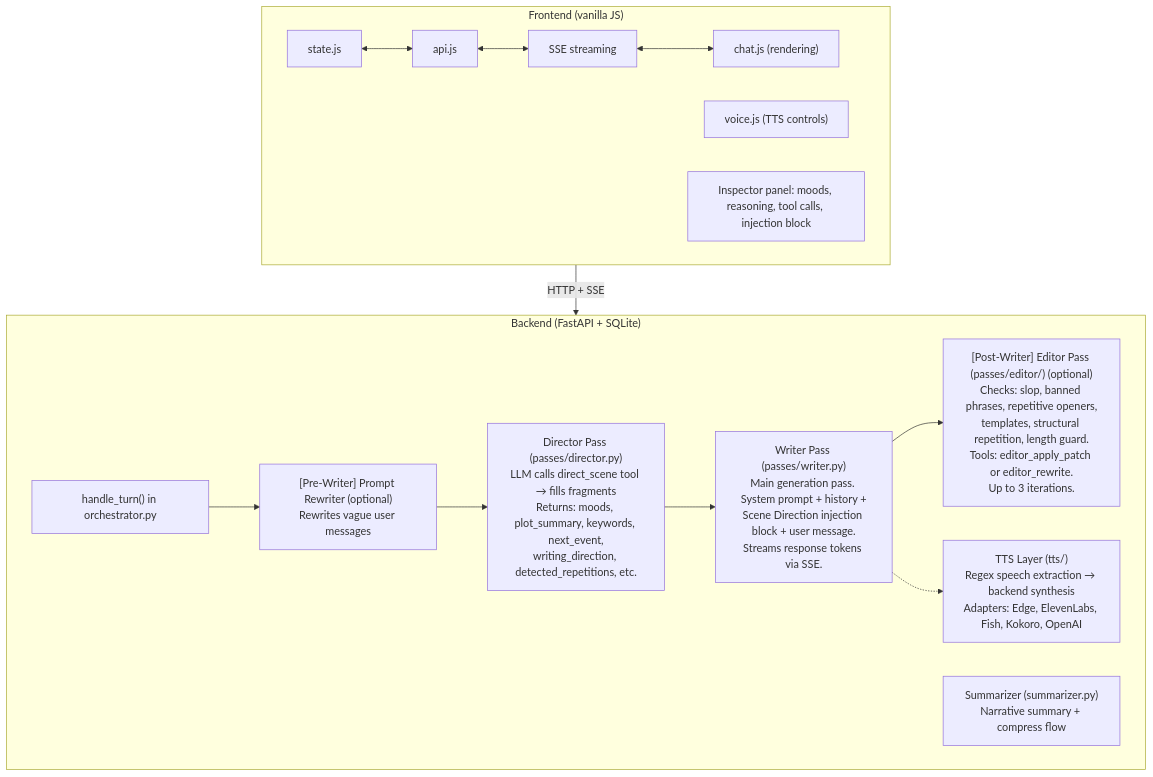
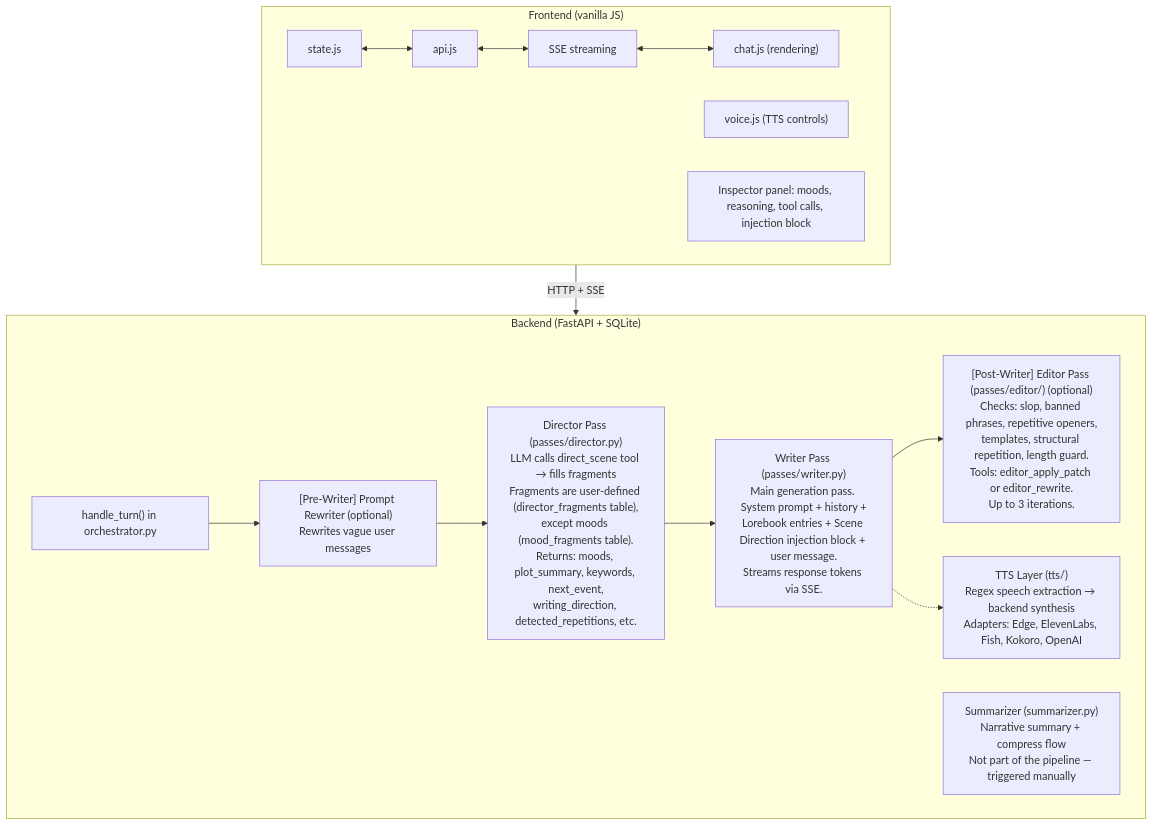
One commit to hpnyaggerman/Orb changed the first of 5 diagrams in AGENTS.md. Above: the diagram before and after it, drawn with Mermaid. The commit also changed other lines of this file, not shown here.

Commit message:
Address PR review feedback on AGENTS.md
- Overview: mood fragments → mood/director fragments
- Overview: drop 'enforce length constraints' (part of quality audit)
- Director node: clarify fragments are user-defined, except moods
- Writer node: add lorebook entries before Direction injection block
- Summarizer: note it's not part of the pipeline, triggered manually
- Gotcha #14: expand to both Director and Editor, mention prompt
  caching and instruction prompt differences for separate endpoints

````diff
--- a/AGENTS.md
+++ b/AGENTS.md
@@ -11,26 +11,26 @@
 ```mermaid
 graph TD
     subgraph Frontend ["Frontend (vanilla JS)"]
         state["state.js"] <--> api["api.js"]
         api <--> sse["SSE streaming"]
         sse <--> chat["chat.js (rendering)"]
         voice["voice.js (TTS controls)"]
         inspector["Inspector panel: moods, reasoning, tool calls, injection block"]
     end
 
     subgraph Backend ["Backend (FastAPI + SQLite)"]
         orch["handle_turn() in orchestrator.py"]
 
         pre["[Pre-Writer] Prompt Rewriter (optional)<br/>Rewrites vague user messages"]
-        dir["Director Pass (passes/director.py)<br/>LLM calls direct_scene tool → fills fragments<br/>Returns: moods, plot_summary, keywords, next_event,<br/>writing_direction, detected_repetitions, etc."]
-        writer["Writer Pass (passes/writer.py)<br/>Main generation pass. System prompt + history +<br/>Scene Direction injection block + user message.<br/>Streams response tokens via SSE."]
+        dir["Director Pass (passes/director.py)<br/>LLM calls direct_scene tool → fills fragments<br/>Fragments are user-defined (director_fragments table),<br/>except moods (mood_fragments table).<br/>Returns: moods, plot_summary, keywords, next_event,<br/>writing_direction, detected_repetitions, etc."]
+        writer["Writer Pass (passes/writer.py)<br/>Main generation pass. System prompt + history +<br/>Lorebook entries + Scene Direction injection block + user message.<br/>Streams response tokens via SSE."]
         editor["[Post-Writer] Editor Pass (passes/editor/) (optional)<br/>Checks: slop, banned phrases, repetitive openers,<br/>templates, structural repetition, length guard.<br/>Tools: editor_apply_patch or editor_rewrite.<br/>Up to 3 iterations."]
         tts["TTS Layer (tts/)<br/>Regex speech extraction → backend synthesis<br/>Adapters: Edge, ElevenLabs, Fish, Kokoro, OpenAI"]
-        summarizer["Summarizer (summarizer.py)<br/>Narrative summary + compress flow"]
+        summarizer["Summarizer (summarizer.py)<br/>Narrative summary + compress flow<br/>Not part of the pipeline — triggered manually"]
 
         orch --> pre --> dir --> writer --> editor
         writer -.-> tts
     end
 
     Frontend -- "HTTP + SSE" --> Backend
 ```
````
